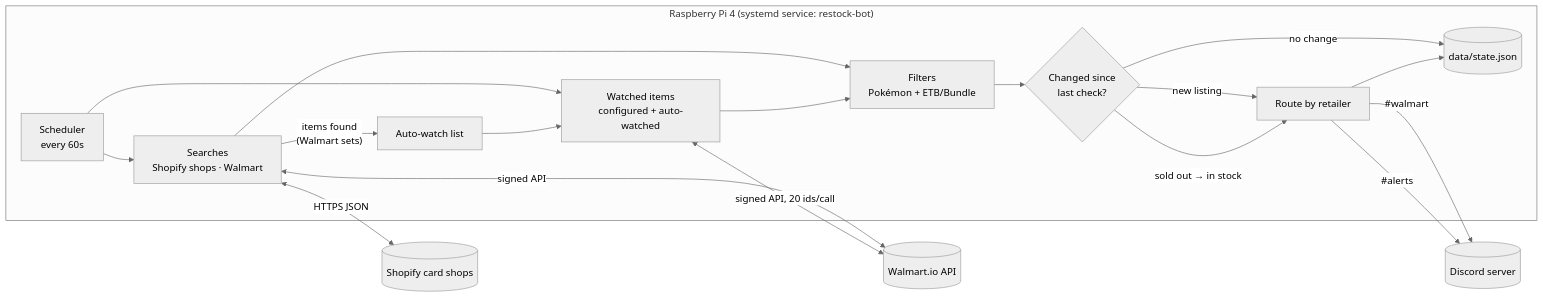
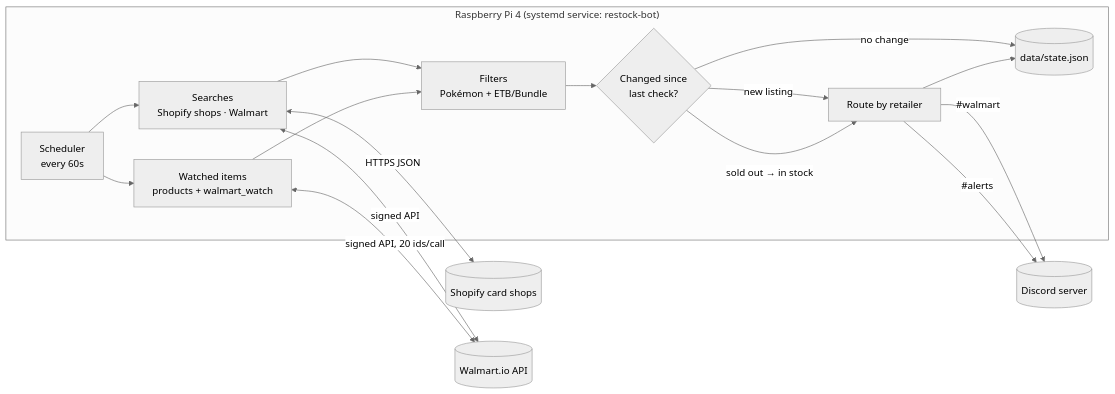
The diagram in README.md (alexjowilson/pokemon-restock-bot), drawn with Mermaid (neutral theme) before and after one commit. The commit also changed other lines of this file and 7 other files, not shown here.

First line of the commit message:
Walmart: watch known item pages instead of relying on Walmart's search

````diff
--- a/README.md
+++ b/README.md
@@ -30,21 +30,19 @@
 ```mermaid
 flowchart LR
     subgraph Pi["Raspberry Pi 4 (systemd service: restock-bot)"]
         S[Scheduler<br/>every 60s] --> SR[Searches<br/>Shopify shops · Walmart]
-        S --> PR[Watched items<br/>configured + auto-watched]
-        SR -- "items found<br/>(Walmart sets)" --> AW[Auto-watch list]
-        AW --> PR
+        S --> PR[Watched items<br/>products + walmart_watch]
         SR --> F[Filters<br/>Pokémon + ETB/Bundle]
         PR --> F
         F --> D{Changed since<br/>last check?}
         D -- "new listing" --> R[Route by retailer]
         D -- "sold out → in stock" --> R
         D -- no change --> ST[(data/state.json)]
         R --> ST
     end
     SR <-->|HTTPS JSON| Shops[(Shopify card shops)]
     SR <-->|signed API| WM[(Walmart.io API)]
     PR <-->|signed API, 20 ids/call| WM
     R -->|"#walmart"| Discord[(Discord server)]
     R -->|"#alerts"| Discord
 ```
````
